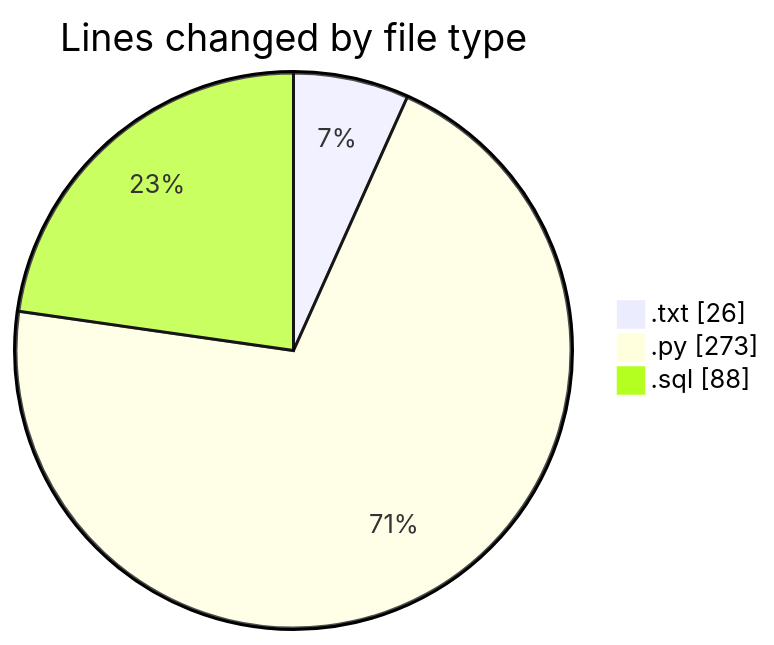
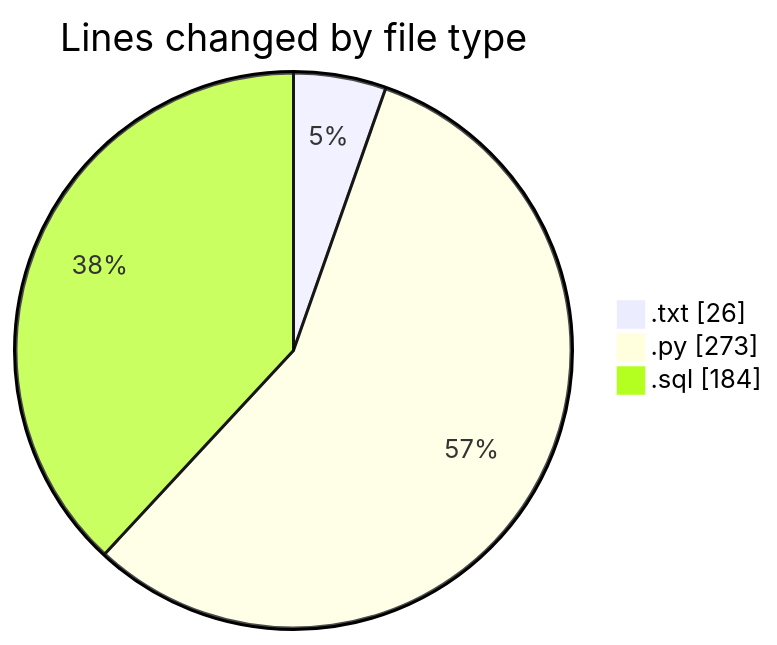
One commit to lephambinh05/code-tracking changed the first of 2 diagrams in 2025-09-12/datanv/README.md. Above: the diagram before and after it, drawn with Mermaid. The commit also changed other lines of this file and 1 other file, not shown here.

````diff
--- a/2025-09-12/datanv/README.md
+++ b/2025-09-12/datanv/README.md
@@ -23,7 +24,7 @@
 ```mermaid
 pie showData
 title Lines changed by file type
 ".txt" : 26
 ".py" : 273
-".sql" : 88
+".sql" : 184
 ```
````
